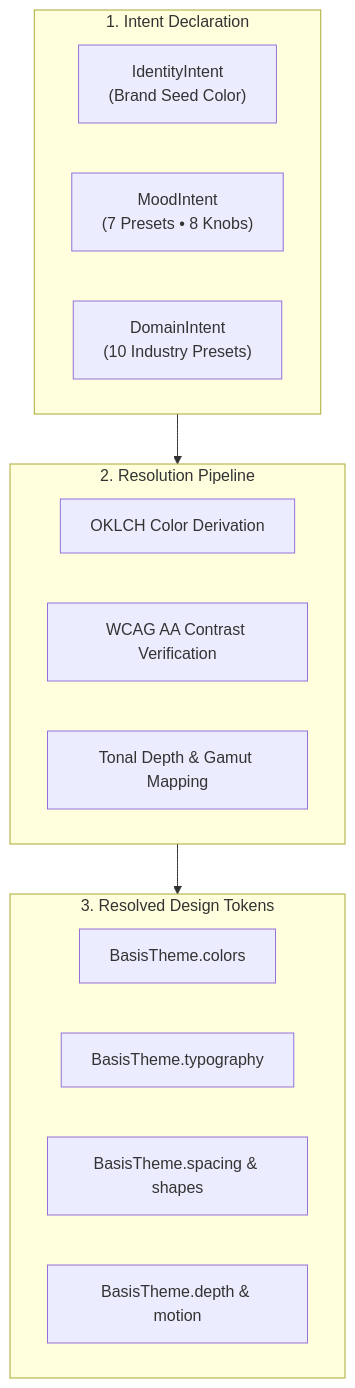
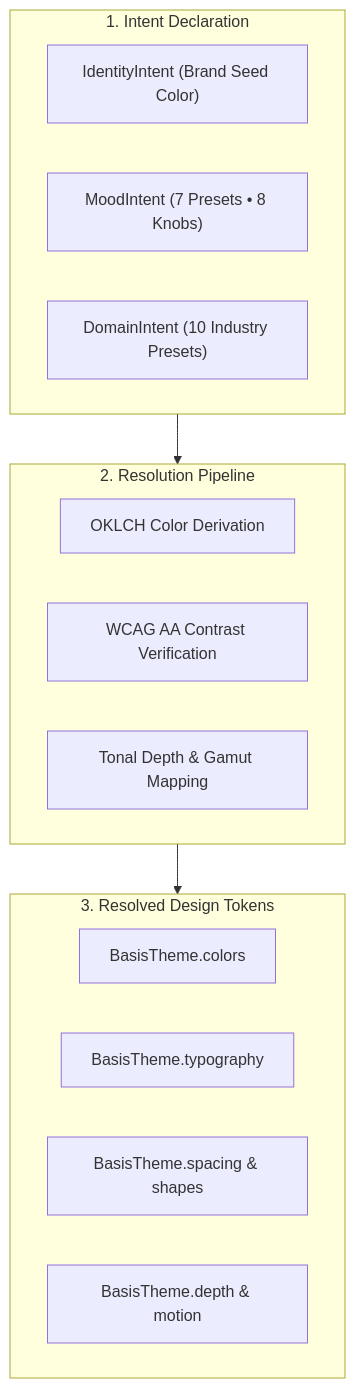
One commit to alph-a07/basis changed the diagram in docs/docs-site/src/content/docs/theming/overview.mdx. Above: the diagram before and after it, drawn with Mermaid. The commit also changed 8 other files, not shown here.

Commit message:
fix(docs): resolve mermaid code block selector and render interactive diagrams

````diff
--- a/docs/docs-site/src/content/docs/theming/overview.mdx
+++ b/docs/docs-site/src/content/docs/theming/overview.mdx
@@ -11,24 +11,24 @@
 ```mermaid
 flowchart TD
     subgraph Input["1. Intent Declaration"]
-        A["IdentityIntent<br/>(Brand Seed Color)"]
-        B["MoodIntent<br/>(7 Presets • 8 Knobs)"]
-        C["DomainIntent<br/>(10 Industry Presets)"]
+        A["IdentityIntent (Brand Seed Color)"]
+        B["MoodIntent (7 Presets • 8 Knobs)"]
+        C["DomainIntent (10 Industry Presets)"]
     end
 
     subgraph Engine["2. Resolution Pipeline"]
         D["OKLCH Color Derivation"]
         E["WCAG AA Contrast Verification"]
         F["Tonal Depth & Gamut Mapping"]
     end
 
     subgraph Output["3. Resolved Design Tokens"]
         G["BasisTheme.colors"]
         H["BasisTheme.typography"]
         I["BasisTheme.spacing & shapes"]
         J["BasisTheme.depth & motion"]
     end
 
     Input --> Engine
     Engine --> Output
 ```
````
